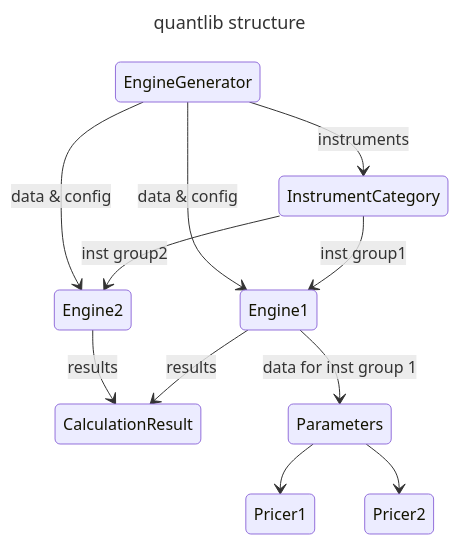
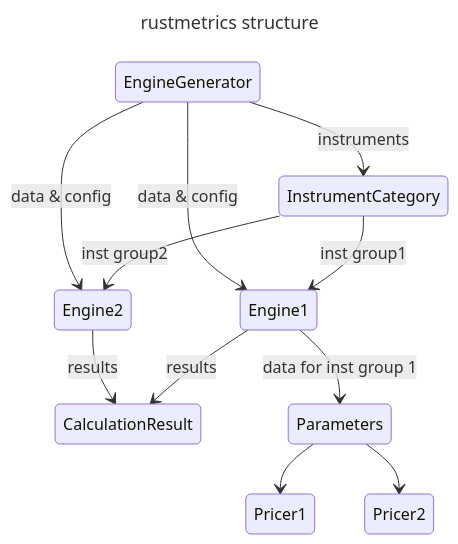
Before and after one commit to JunbeomL22/rustmetrics: the diagram in README.md, drawn with Mermaid. The commit also changed other lines of this file and 59 other files, not shown here.

````diff
--- a/README.md
+++ b/README.md
@@ -26,16 +26,16 @@
 ```mermaid
 ---
-title: quantlib structure
+title: rustmetrics structure
 ---
 stateDiagram-v2
     EngineGenerator --> InstrumentCategory: instruments
     InstrumentCategory --> Engine1: inst group1
     InstrumentCategory --> Engine2: inst group2
     EngineGenerator --> Engine1: data & config
     EngineGenerator --> Engine2: data & config
     Engine1 --> CalculationResult: results
     Engine2 --> CalculationResult: results
     Engine1 --> Parameters: data for inst group 1
     Parameters --> Pricer1
     Parameters --> Pricer2
 ```
````
